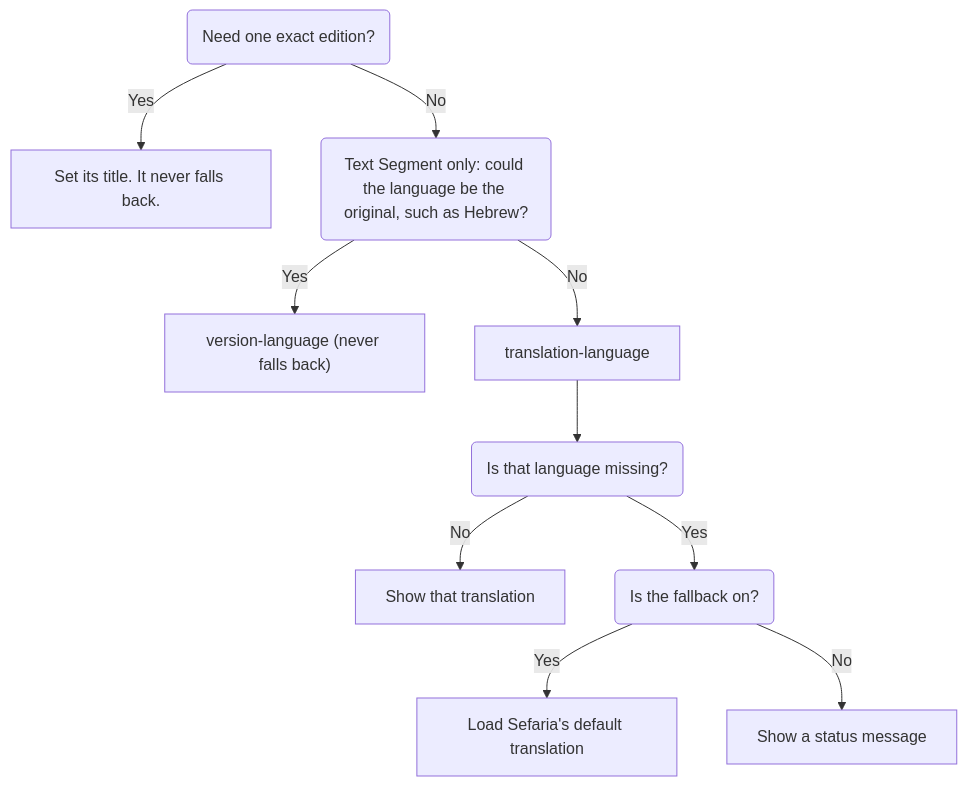
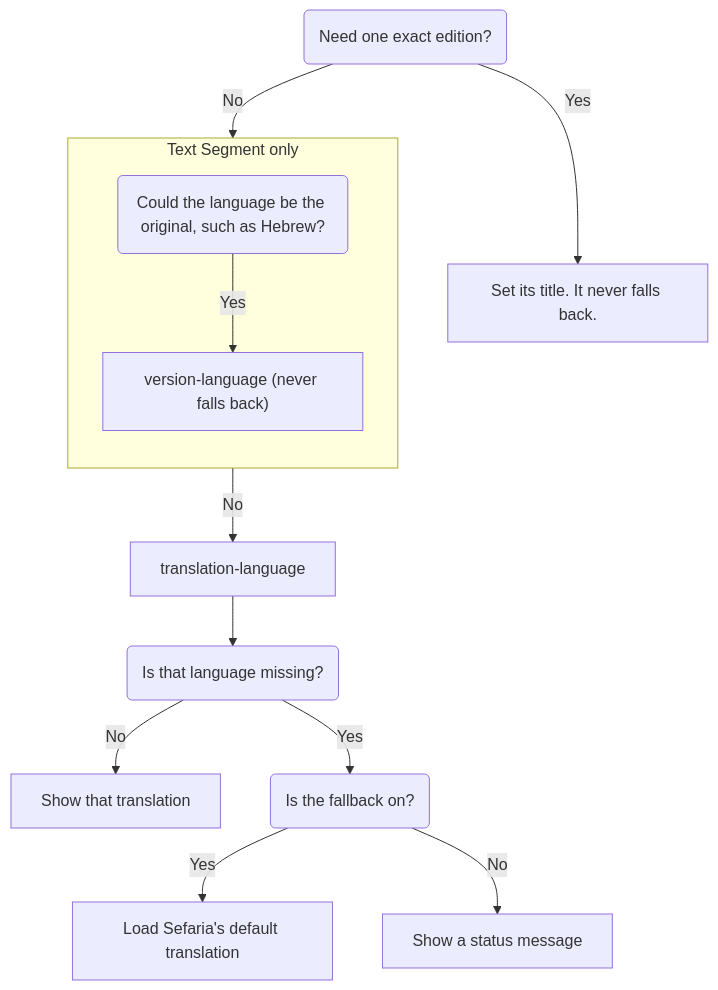
Before and after one commit to Arithmomaniac/sefaria-frontend-toolkit: the diagram in docs/across-components/choose-what-text-readers-see.md, drawn with Mermaid.

Commit message:
docs: B20 chart boxes the Text Segment-only branch
Copilot-Session: dd9849ae-3d3f-4ddd-b5b9-a44408441a1a

````diff
--- a/docs/across-components/choose-what-text-readers-see.md
+++ b/docs/across-components/choose-what-text-readers-see.md
@@ -30,12 +30,16 @@
 ```mermaid
 flowchart TD
   Q1("Need one exact edition?") -->|Yes| A1["Set its title. It never falls back."]
-  Q1 -->|No| Q2("Text Segment only: could the language be the original, such as Hebrew?")
-  Q2 -->|Yes| A2["version-language (never falls back)"]
+  Q1 -->|No| Q2
+  subgraph TS["Text Segment only"]
+    direction TB
+    Q2("Could the language be the original, such as Hebrew?")
+    Q2 -->|Yes| A2["version-language (never falls back)"]
+  end
   Q2 -->|No| A3["translation-language"]
   A3 --> Q3("Is that language missing?")
   Q3 -->|No| A4["Show that translation"]
   Q3 -->|Yes| Q4("Is the fallback on?")
   Q4 -->|Yes| A5["Load Sefaria's default translation"]
   Q4 -->|No| A6["Show a status message"]
 ```
````
